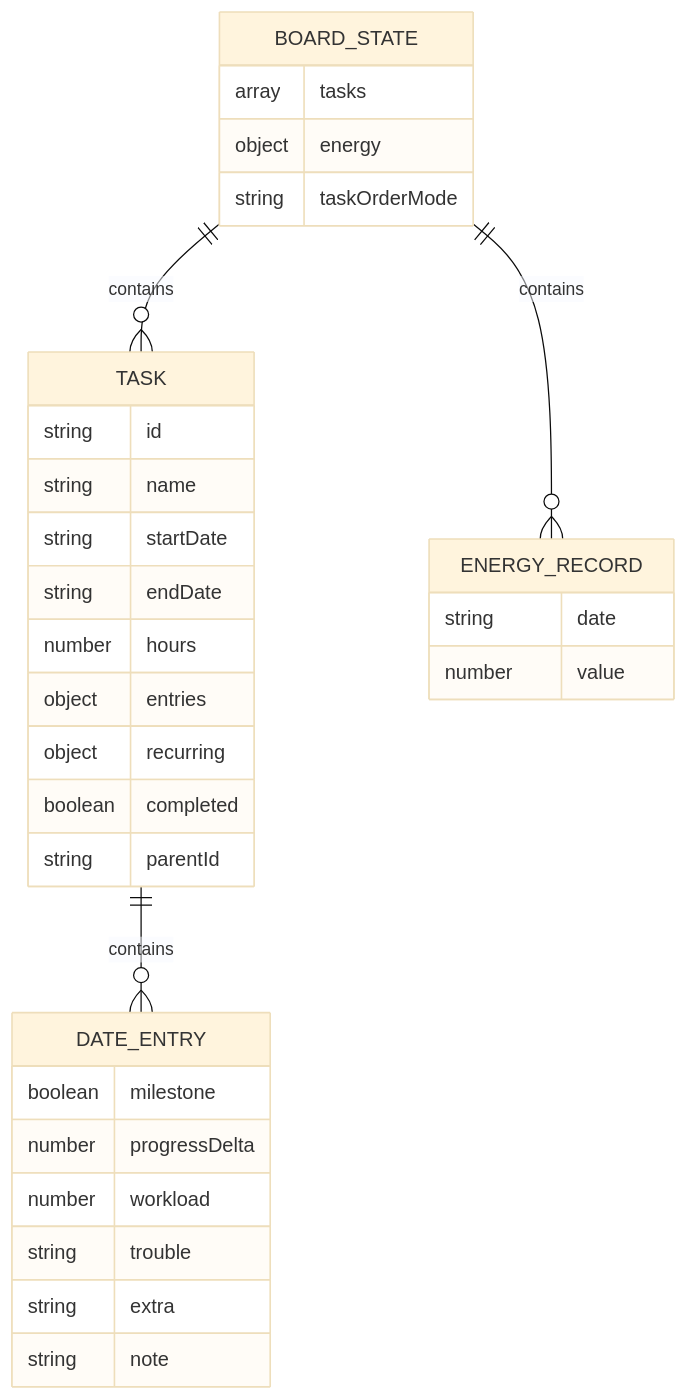
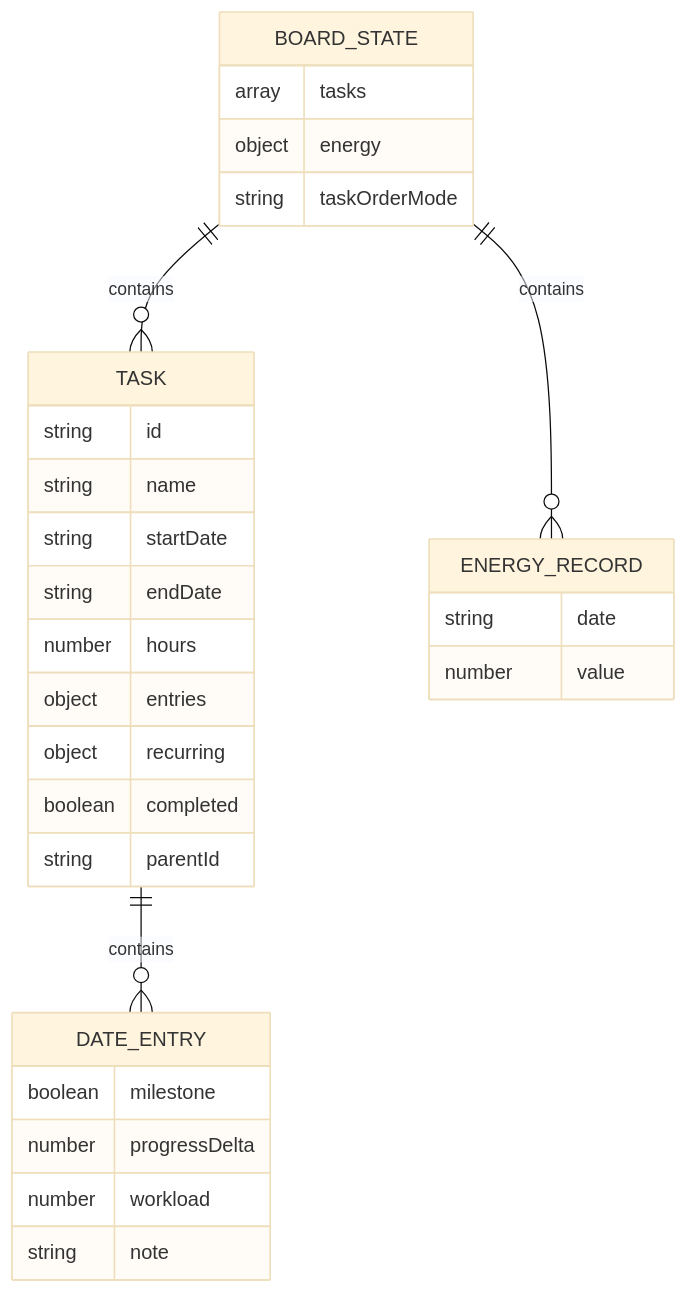
One commit to sngmng6506/calendar-memo changed the fourth of 4 diagrams in README.md. Above: the diagram before and after it, drawn with Mermaid (base theme). The commit also changed other lines of this file and 9 other files, not shown here.

````diff
--- a/README.md
+++ b/README.md
@@ -108,38 +114,36 @@
 ```mermaid
 erDiagram
   BOARD_STATE ||--o{ TASK : contains
   BOARD_STATE ||--o{ ENERGY_RECORD : contains
   TASK ||--o{ DATE_ENTRY : contains
 
   BOARD_STATE {
     array tasks
     object energy
     string taskOrderMode
   }
 
   TASK {
     string id
     string name
     string startDate
     string endDate
     number hours
     object entries
     object recurring
     boolean completed
     string parentId
   }
 
   DATE_ENTRY {
     boolean milestone
     number progressDelta
     number workload
-    string trouble
-    string extra
     string note
   }
 
   ENERGY_RECORD {
     string date
     number value
   }
 ```
````
